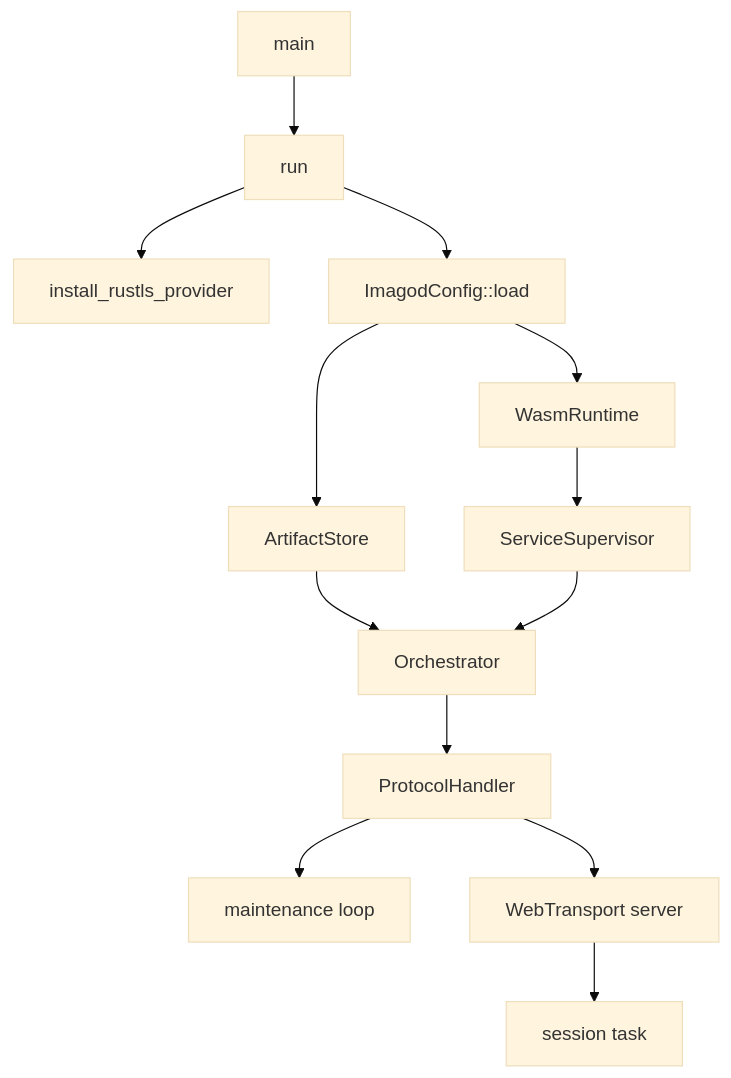
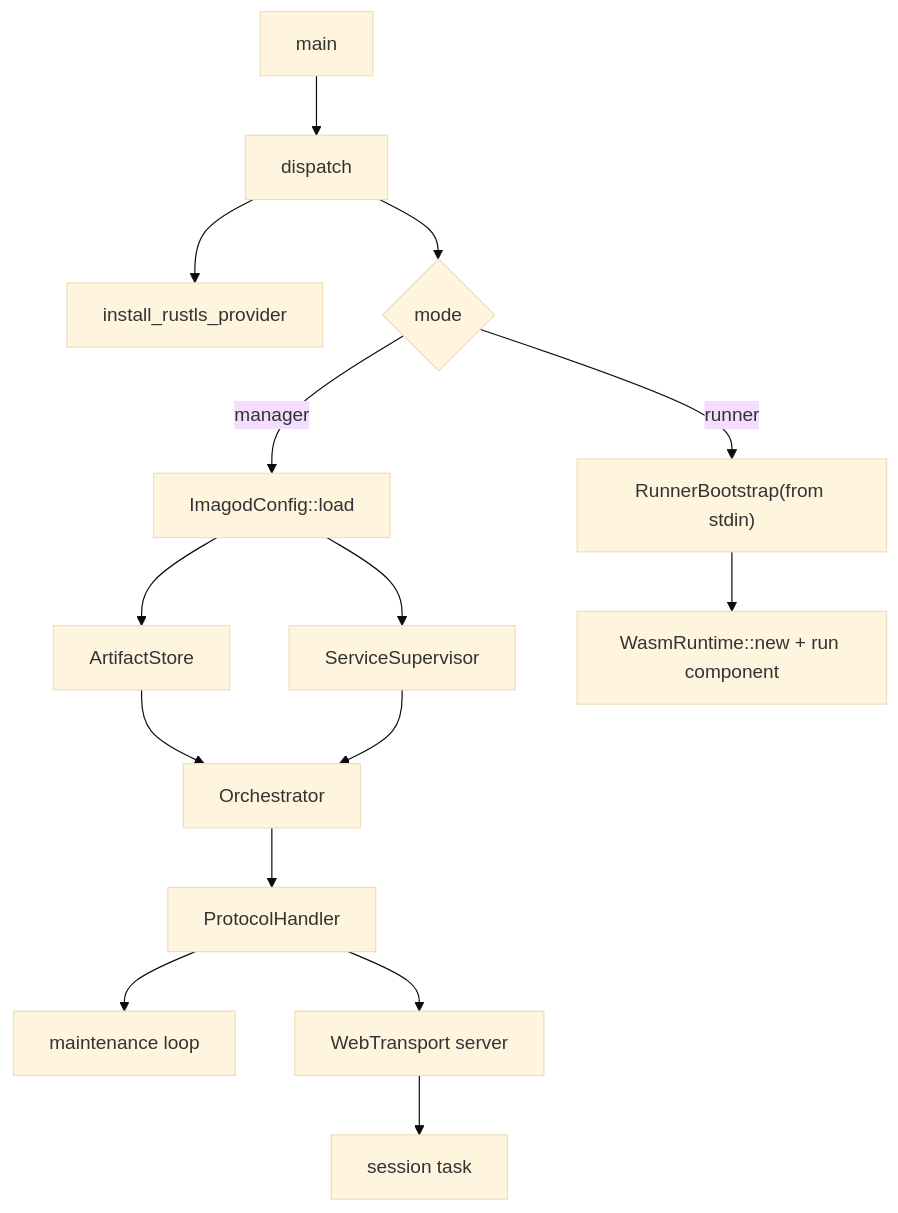
Before and after one commit to yieldspace/imago: the first of 4 diagrams in docs/spec/imagod-internals.md, drawn with Mermaid (base theme). The commit also changed other lines of this file and 16 other files, not shown here.

Commit message:
imagod: Implement multi-process manager/runner runtime

````diff
--- a/docs/spec/imagod-internals.md
+++ b/docs/spec/imagod-internals.md
@@ -43,15 +47,17 @@
 ```mermaid
 flowchart TD
-  A["main"] --> B["run"]
+  A["main"] --> B["dispatch"]
   B --> C["install_rustls_provider"]
-  B --> D["ImagodConfig::load"]
-  D --> E["ArtifactStore"]
-  D --> F["WasmRuntime"]
-  F --> G["ServiceSupervisor"]
-  E --> H["Orchestrator"]
+  B --> D{"mode"}
+  D -->|manager| E["ImagodConfig::load"]
+  E --> F["ArtifactStore"]
+  E --> G["ServiceSupervisor"]
+  F --> H["Orchestrator"]
   G --> H
   H --> I["ProtocolHandler"]
   I --> J["maintenance loop"]
   I --> K["WebTransport server"]
   K --> L["session task"]
+  D -->|runner| M["RunnerBootstrap(from stdin)"]
+  M --> N["WasmRuntime::new + run component"]
 ```
````
